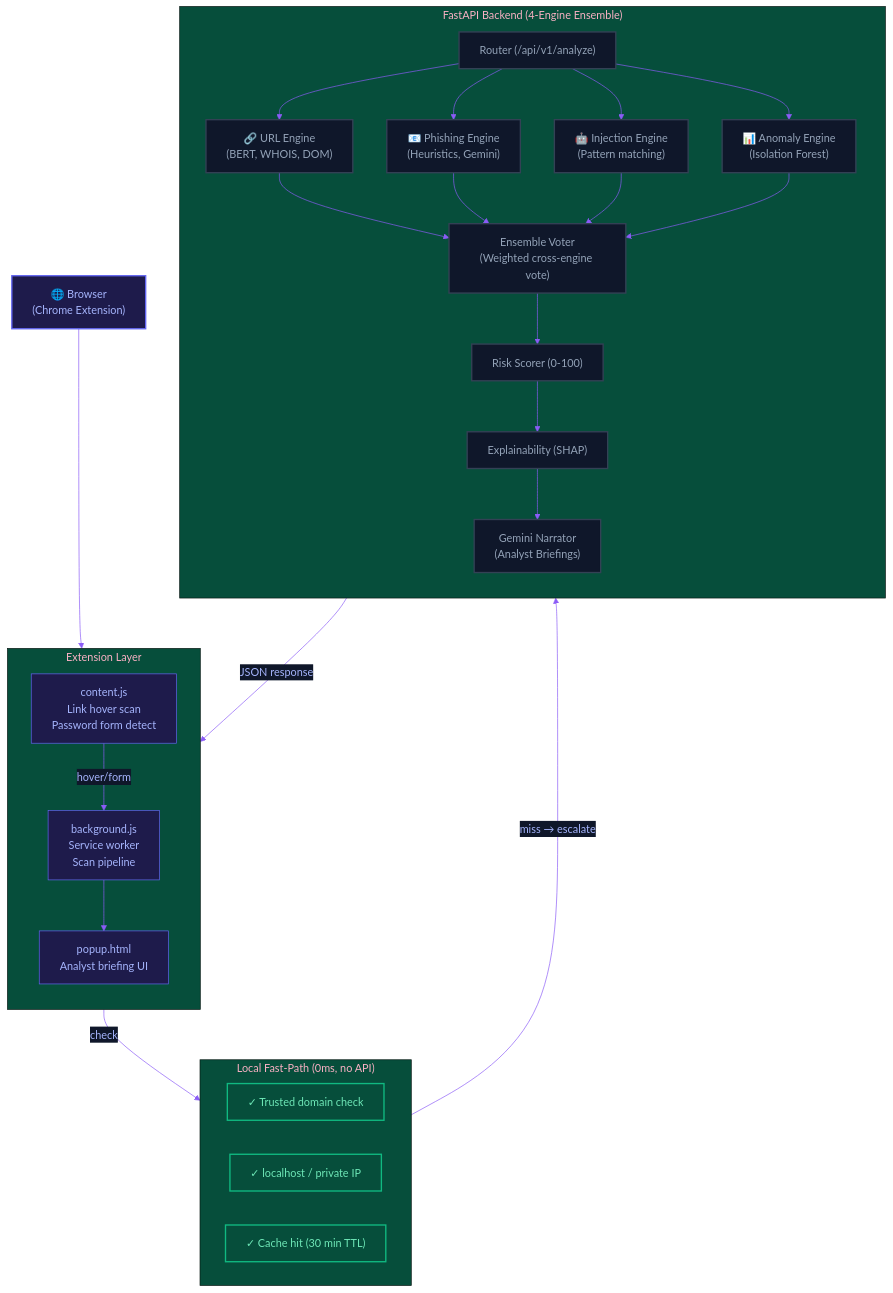
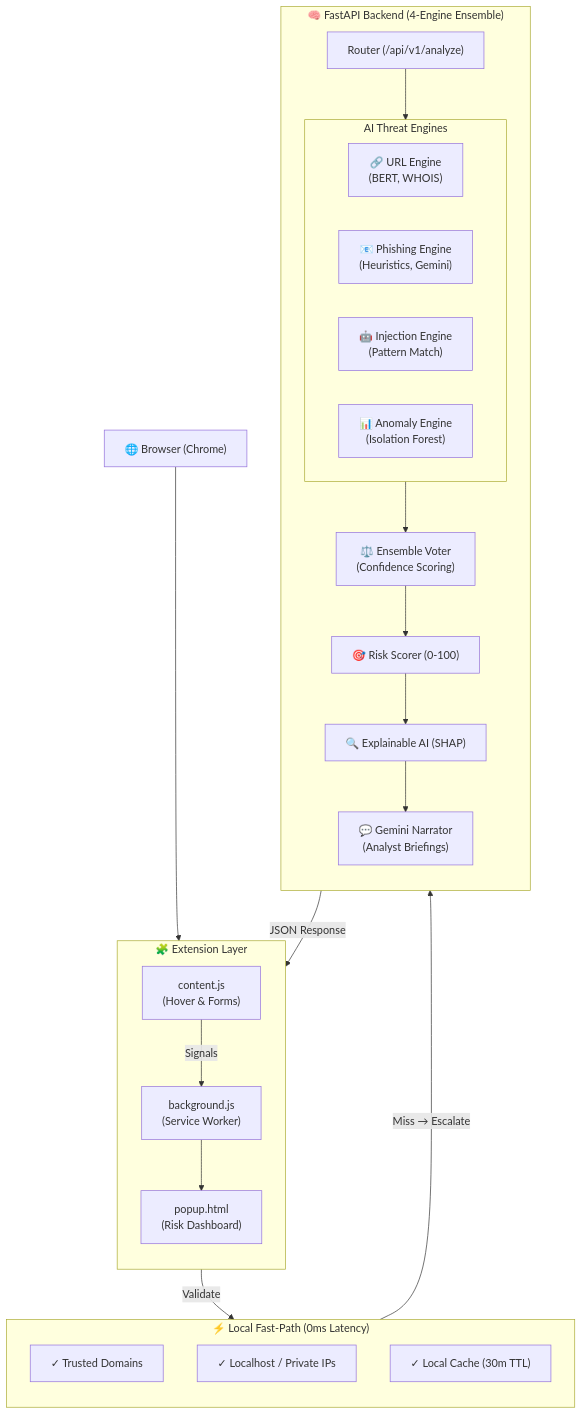
Before and after one commit to ramakrishnanyadav/INDIANEXT_X_CHITTI2.0: the diagram in sentineliq/README.md, drawn with Mermaid. The commit also changed other lines of this file and 3 other files, not shown here.

Commit message:
docs: add premium AI generated logo and optimize Mermaid diagram rendering

````diff
--- a/sentineliq/README.md
+++ b/sentineliq/README.md
@@ -35,51 +35,47 @@
 ```mermaid
-%%{init: {'theme': 'base', 'themeVariables': { 'primaryColor': '#1e1b4b', 'primaryTextColor': '#a5b4fc', 'primaryBorderColor': '#6366f1', 'lineColor': '#8b5cf6', 'secondaryColor': '#0f172a', 'tertiaryColor': '#064e3b'}}}%%
 flowchart TD
-    A["🌐 Browser\n(Chrome Extension)"]:::ext
+    %% Browser & Extension
+    Browser["🌐 Browser (Chrome)"] --> ExtLayer
 
-    subgraph EXT["Extension Layer"]
+    subgraph ExtLayer["🧩 Extension Layer"]
         direction TB
-        C1["content.js\nLink hover scan\nPassword form detect"]
-        C2["background.js\nService worker\nScan pipeline"]
-        C3["popup.html\nAnalyst briefing UI"]
+        Content["content.js\n(Hover & Forms)"]
+        Background["background.js\n(Service Worker)"]
+        Popup["popup.html\n(Risk Dashboard)"]
+        Content -->|"Signals"| Background
     end
 
-    subgraph LOCAL["Local Fast-Path (0ms, no API)"]
-        L1["✓ Trusted domain check"]
-        L2["✓ localhost / private IP"]
-        L3["✓ Cache hit (30 min TTL)"]
+    %% Local Fast Path
+    Background -->|"Validate"| FastPath
+    subgraph FastPath["⚡ Local Fast-Path (0ms Latency)"]
+        direction TB
+        Trusted["✓ Trusted Domains"]
+        LocalIP["✓ Localhost / Private IPs"]
+        Cache["✓ Local Cache (30m TTL)"]
     end
 
-    subgraph API["FastAPI Backend (4-Engine Ensemble)"]
+    %% API / Backend
+    FastPath -->|"Miss → Escalate"| API
+    subgraph API["🧠 FastAPI Backend (4-Engine Ensemble)"]
         direction TB
-        R["Router (/api/v1/analyze)"]
+        Router["Router (/api/v1/analyze)"]
         
-        E1["🔗 URL Engine\n(BERT, WHOIS, DOM)"]
-        E2["📧 Phishing Engine\n(Heuristics, Gemini)"]
-        E3["🤖 Injection Engine\n(Pattern matching)"]
-        E4["📊 Anomaly Engine\n(Isolation Forest)"]
+        Router --> Engines
+        subgraph Engines["AI Threat Engines"]
+            direction LR
+            URL["🔗 URL Engine\n(BERT, WHOIS)"]
+            Phish["📧 Phishing Engine\n(Heuristics, Gemini)"]
+            Inject["🤖 Injection Engine\n(Pattern Match)"]
+            Anomaly["📊 Anomaly Engine\n(Isolation Forest)"]
+        end
 
-        ENS["Ensemble Voter\n(Weighted cross-engine vote)"]
-        RISK["Risk Scorer (0-100)"]
-        XAI["Explainability (SHAP)"]
-        NAR["Gemini Narrator\n(Analyst Briefings)"]
+        Engines --> Voter["⚖️ Ensemble Voter\n(Confidence Scoring)"]
+        Voter --> Risk["🎯 Risk Scorer (0-100)"]
+        Risk --> XAI["🔍 Explainable AI (SHAP)"]
+        XAI --> Narrator["💬 Gemini Narrator\n(Analyst Briefings)"]
     end
 
-    A --> EXT
-    C1 -->|"hover/form"| C2
-    C2 -->|"check"| LOCAL
-    LOCAL -->|"miss → escalate"| API
-    R --> E1 & E2 & E3 & E4
-    E1 & E2 & E3 & E4 --> ENS
-    ENS --> RISK --> XAI --> NAR
-    API -->|"JSON response"| C2
-    C2 --> C3
-
-    classDef ext fill:#1e1b4b,stroke:#6366f1,color:#a5b4fc,stroke-width:2px
-    classDef local fill:#064e3b,stroke:#10b981,color:#6ee7b7,stroke-width:2px
-    classDef api fill:#0f172a,stroke:#334155,color:#94a3b8,stroke-width:2px
-    
-    class A ext
-    class L1,L2,L3 local
-    class R,E1,E2,E3,E4,ENS,RISK,XAI,NAR api
+    %% Return Path
+    Narrator -->|"JSON Response"| Background
+    Background --> Popup
 ```
````
